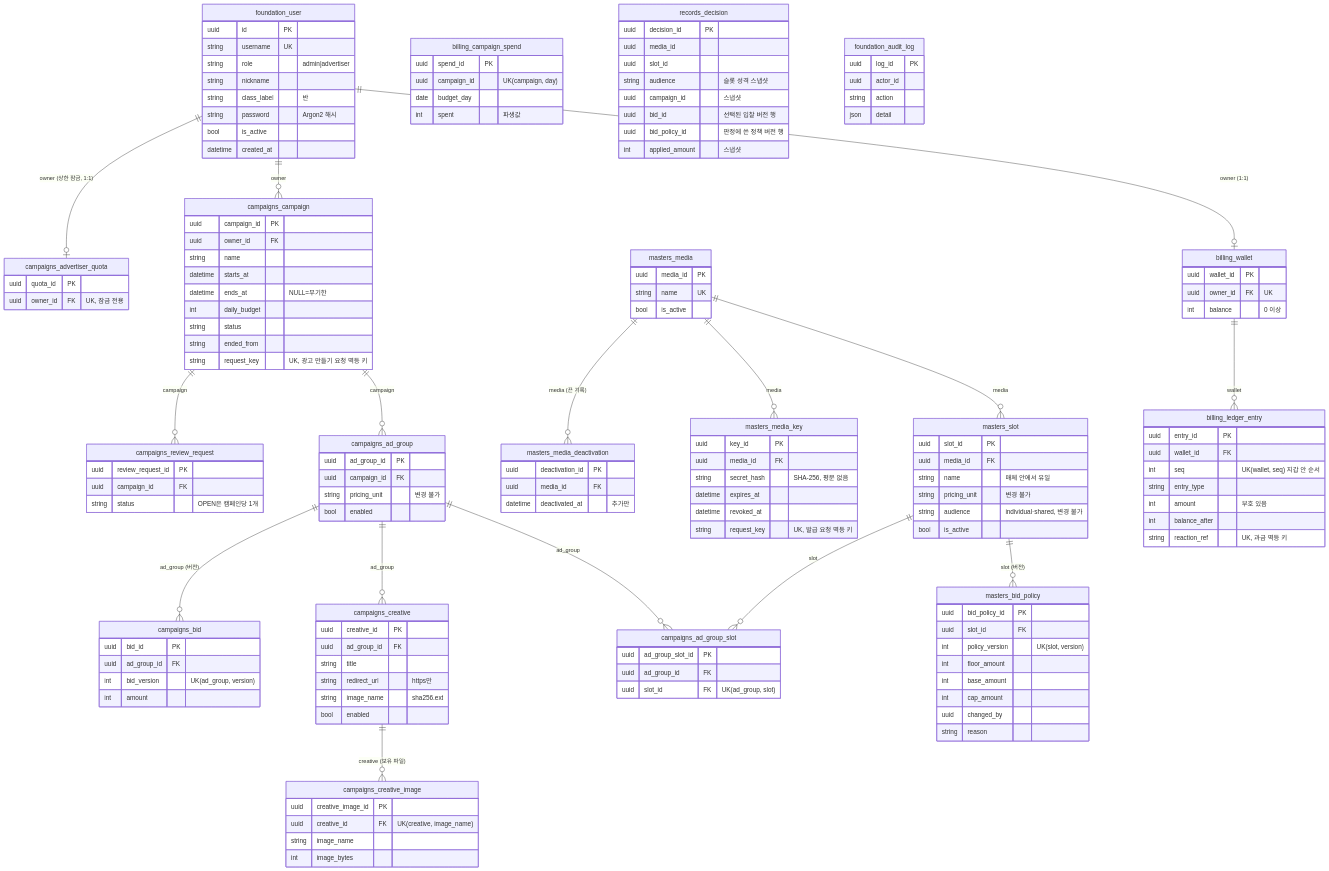
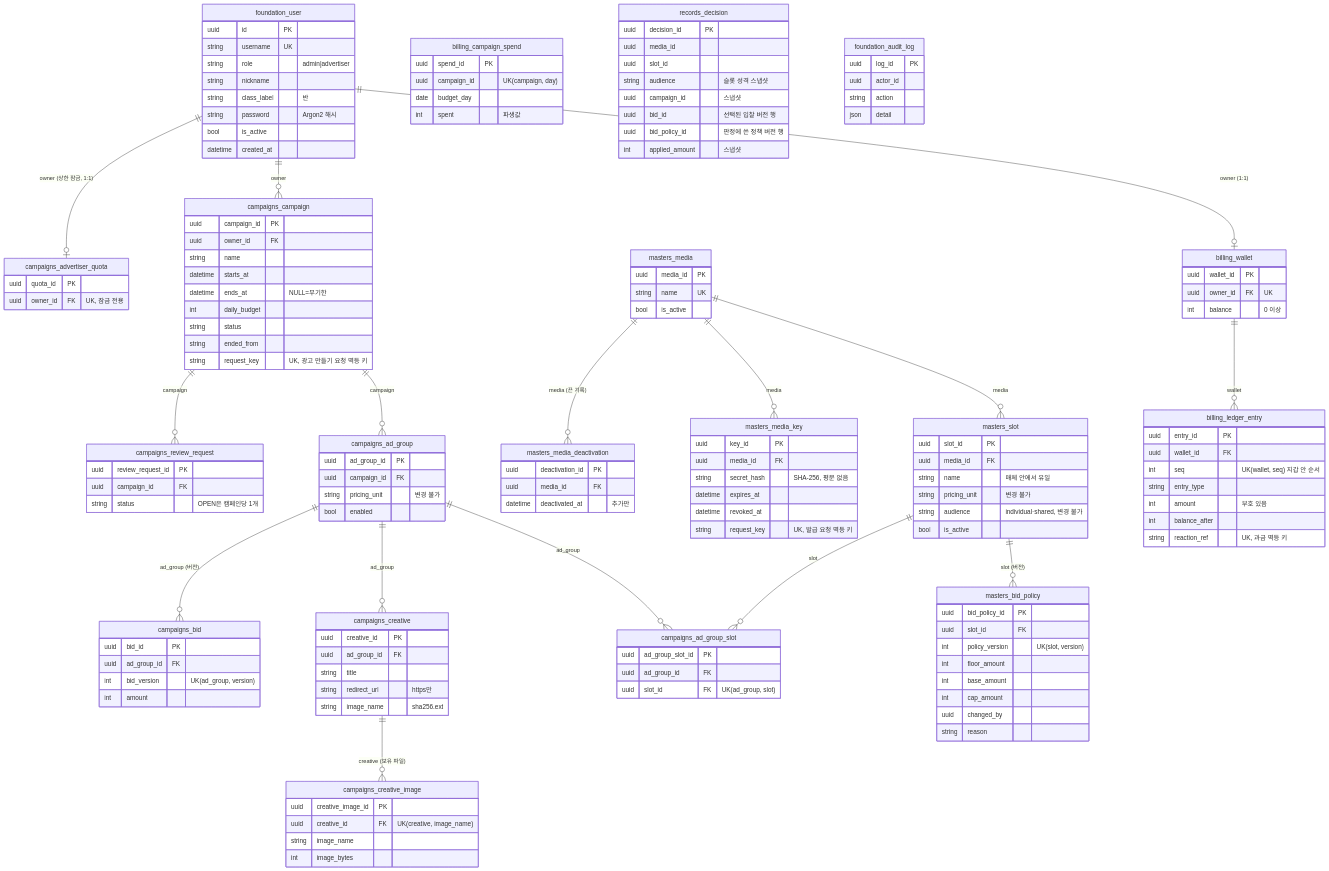
The second of 7 diagrams in docs/ads-server/ads-server-drd.md (encore-ai-campus/mlo-01-p3-team2), drawn with Mermaid before and after one commit. The commit also changed other lines of this file and 2 other files, not shown here.

```diff
--- a/docs/ads-server/ads-server-drd.md
+++ b/docs/ads-server/ads-server-drd.md
@@ -253,7 +253,6 @@
         string title
         string redirect_url "https만"
         string image_name "sha256.ext"
-        bool enabled
     }
     campaigns_bid {
         uuid bid_id PK
```
